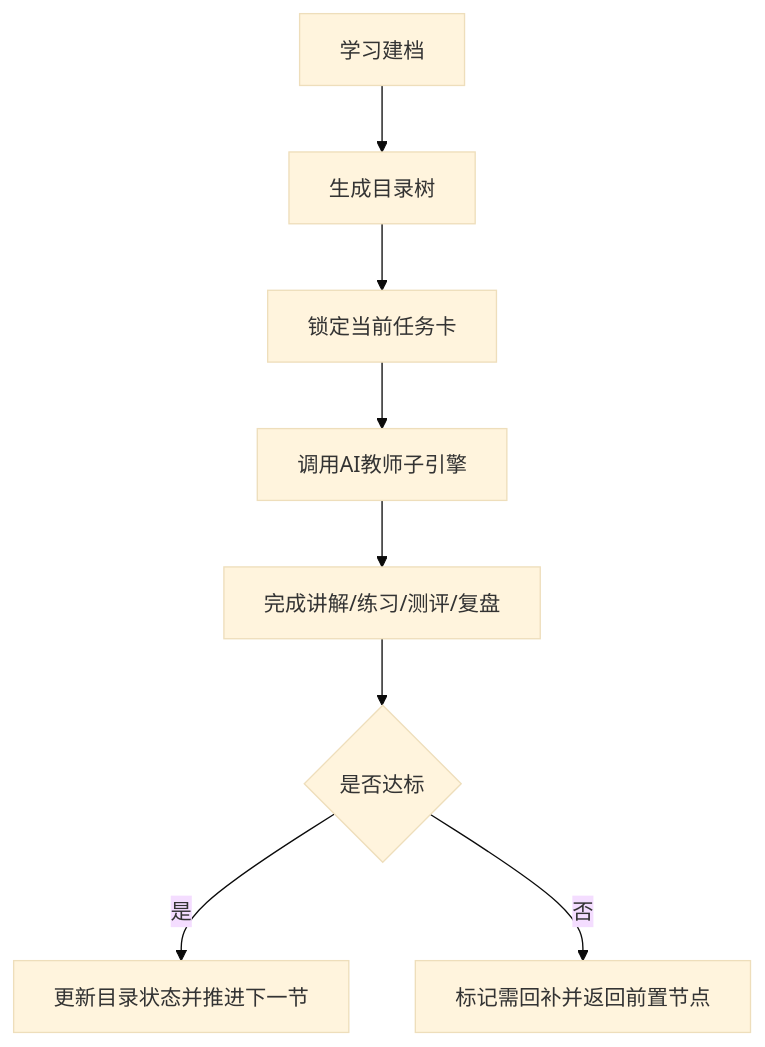
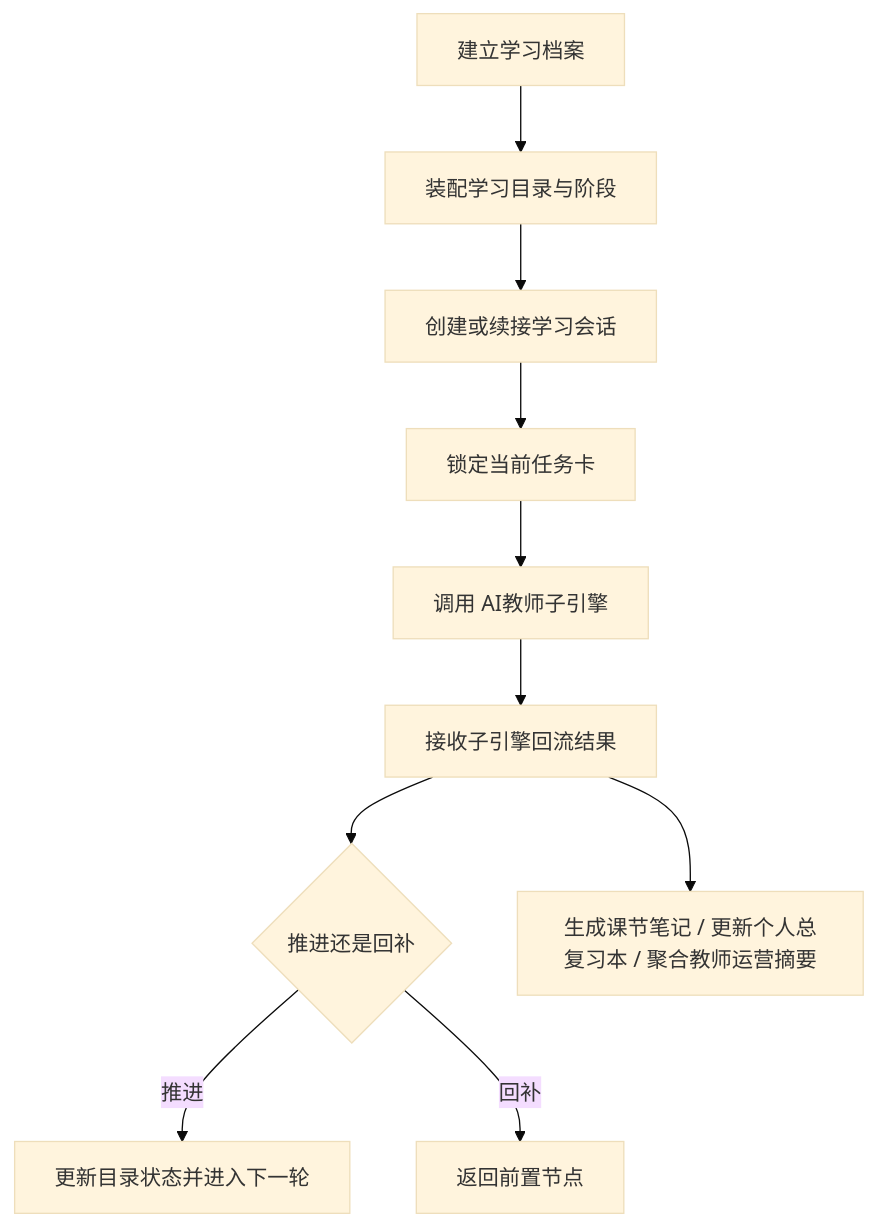
One commit to chenqsq/doc-showcase changed the first of 2 diagrams in doc/智能体文档/平台层/AI主导学习平台-学习生命周期与编排策略.md. Above: the diagram before and after it, drawn with Mermaid (base theme). The commit also changed other lines of this file and 20 other files, not shown here.

````diff
--- a/doc/智能体文档/平台层/AI主导学习平台-学习生命周期与编排策略.md
+++ b/doc/智能体文档/平台层/AI主导学习平台-学习生命周期与编排策略.md
@@ -94,10 +45,12 @@
 ```mermaid
 flowchart TD
-    A["学习建档"] --> B["生成目录树"]
-    B --> C["锁定当前任务卡"]
-    C --> D["调用AI教师子引擎"]
-    D --> E["完成讲解/练习/测评/复盘"]
-    E --> F{"是否达标"}
-    F -->|是| G["更新目录状态并推进下一节"]
-    F -->|否| H["标记需回补并返回前置节点"]
+    A["建立学习档案"] --> B["装配学习目录与阶段"]
+    B --> C["创建或续接学习会话"]
+    C --> D["锁定当前任务卡"]
+    D --> E["调用 AI教师子引擎"]
+    E --> F["接收子引擎回流结果"]
+    F --> G{"推进还是回补"}
+    G -->|推进| H["更新目录状态并进入下一轮"]
+    G -->|回补| I["返回前置节点"]
+    F --> J["生成课节笔记 / 更新个人总复习本 / 聚合教师运营摘要"]
 ```
````
